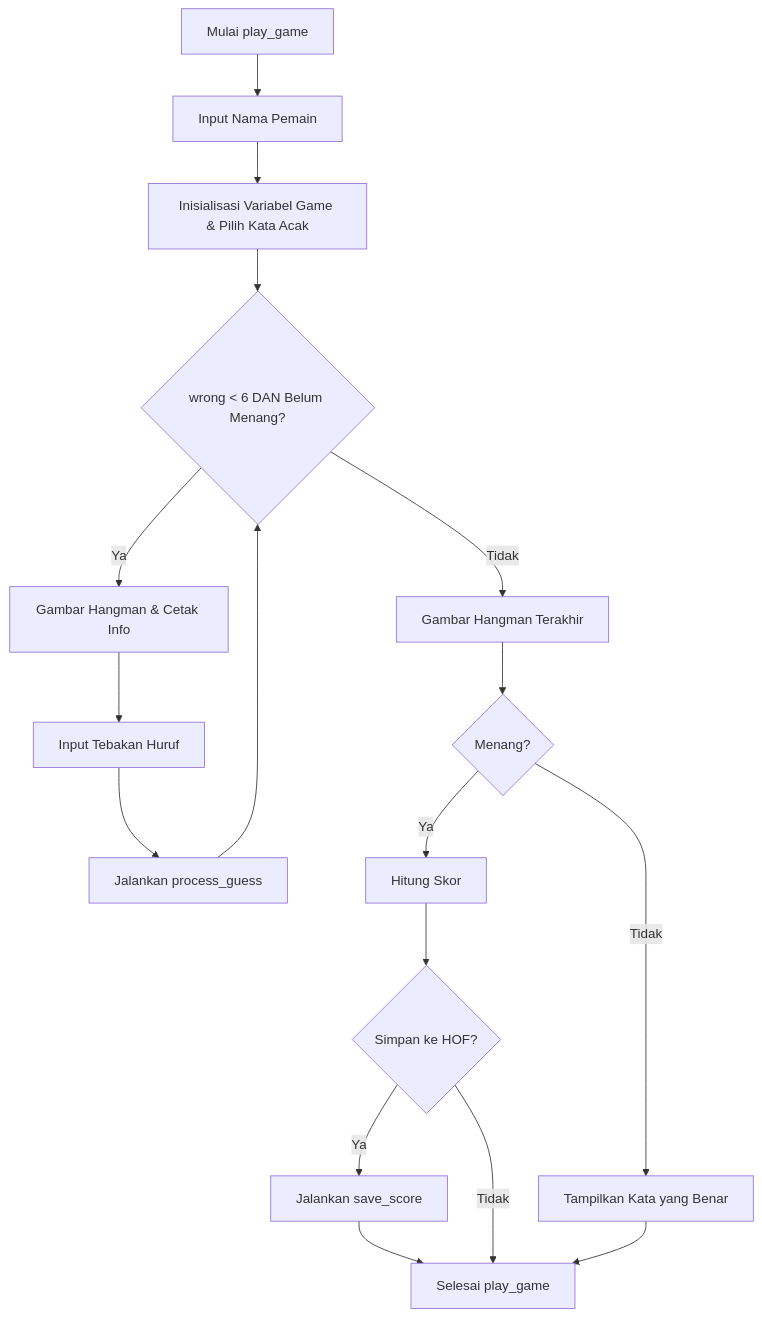
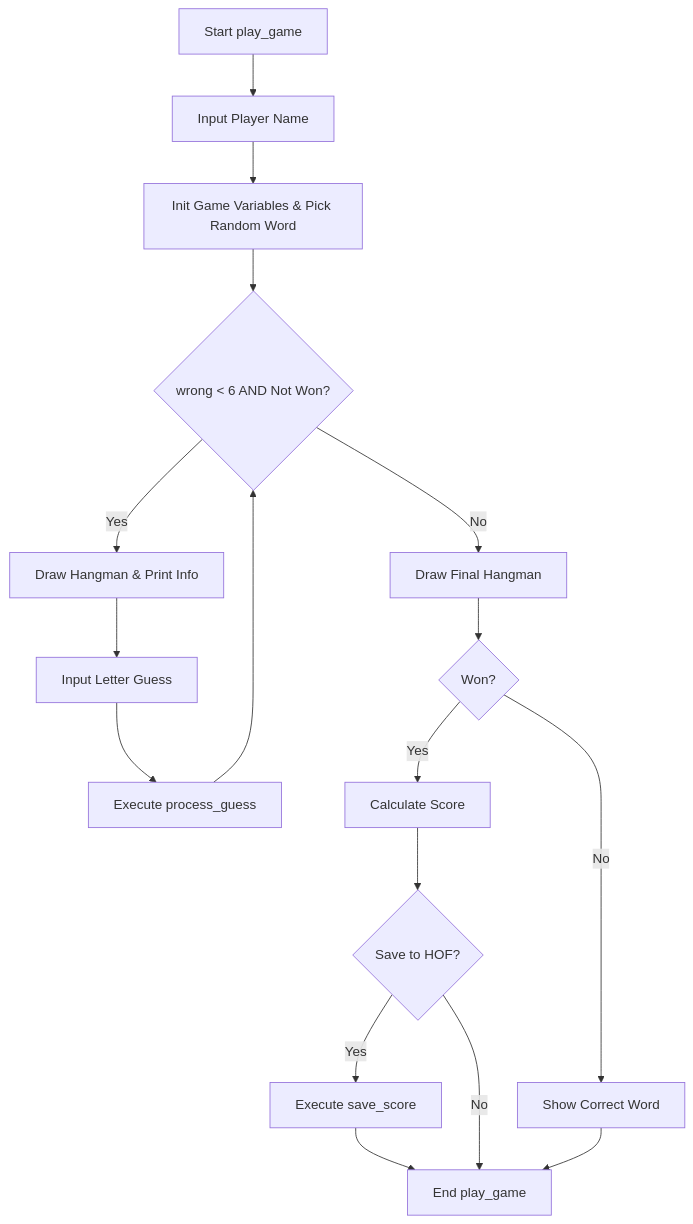
One commit to bimaardhia/tebak-kata-robotika changed the second of 5 diagrams in README.md. Above: the diagram before and after it, drawn with Mermaid. The commit also changed other lines of this file and 1 other file, not shown here.

````diff
--- a/README.md
+++ b/README.md
@@ -89,21 +89,21 @@
 ```mermaid
 flowchart TD
-    Start[Mulai play_game] --> InputName[Input Nama Pemain]
-    InputName --> Init[Inisialisasi Variabel Game & Pilih Kata Acak]
-    Init --> LoopCond{wrong < 6 DAN Belum Menang?}
+    Start[Start play_game] --> InputName[Input Player Name]
+    InputName --> Init[Init Game Variables & Pick Random Word]
+    Init --> LoopCond{wrong < 6 AND Not Won?}
 
-    LoopCond -->|Ya| Draw[Gambar Hangman & Cetak Info]
-    Draw --> InputGuess[Input Tebakan Huruf]
-    InputGuess --> Process[Jalankan process_guess]
+    LoopCond -->|Yes| Draw[Draw Hangman & Print Info]
+    Draw --> InputGuess[Input Letter Guess]
+    InputGuess --> Process[Execute process_guess]
     Process --> LoopCond
 
-    LoopCond -->|Tidak| EndDraw[Gambar Hangman Terakhir]
-    EndDraw --> CheckWin{Menang?}
+    LoopCond -->|No| EndDraw[Draw Final Hangman]
+    EndDraw --> CheckWin{Won?}
 
-    CheckWin -->|Ya| CalcScore[Hitung Skor]
-    CalcScore --> AskHOF{Simpan ke HOF?}
-    AskHOF -->|Ya| Save[Jalankan save_score] --> Selesai[Selesai play_game]
-    AskHOF -->|Tidak| Selesai
+    CheckWin -->|Yes| CalcScore[Calculate Score]
+    CalcScore --> AskHOF{Save to HOF?}
+    AskHOF -->|Yes| Save[Execute save_score] --> Selesai[End play_game]
+    AskHOF -->|No| Selesai
 
-    CheckWin -->|Tidak| ShowWord[Tampilkan Kata yang Benar] --> Selesai
+    CheckWin -->|No| ShowWord[Show Correct Word] --> Selesai
 ```
````
